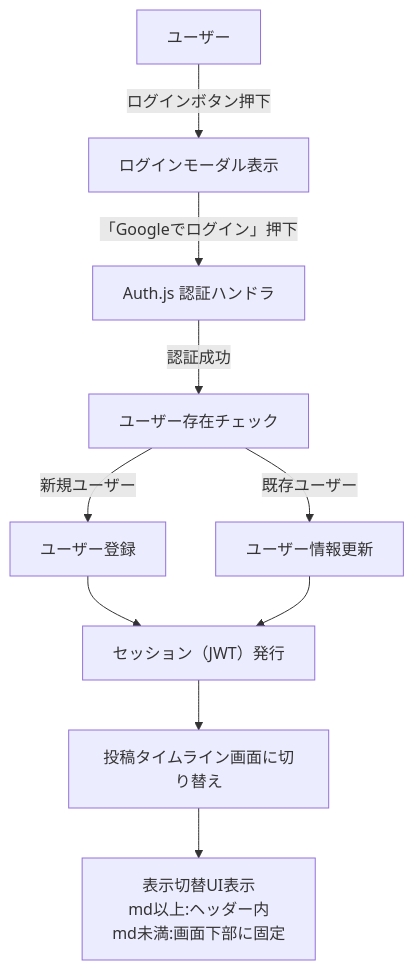
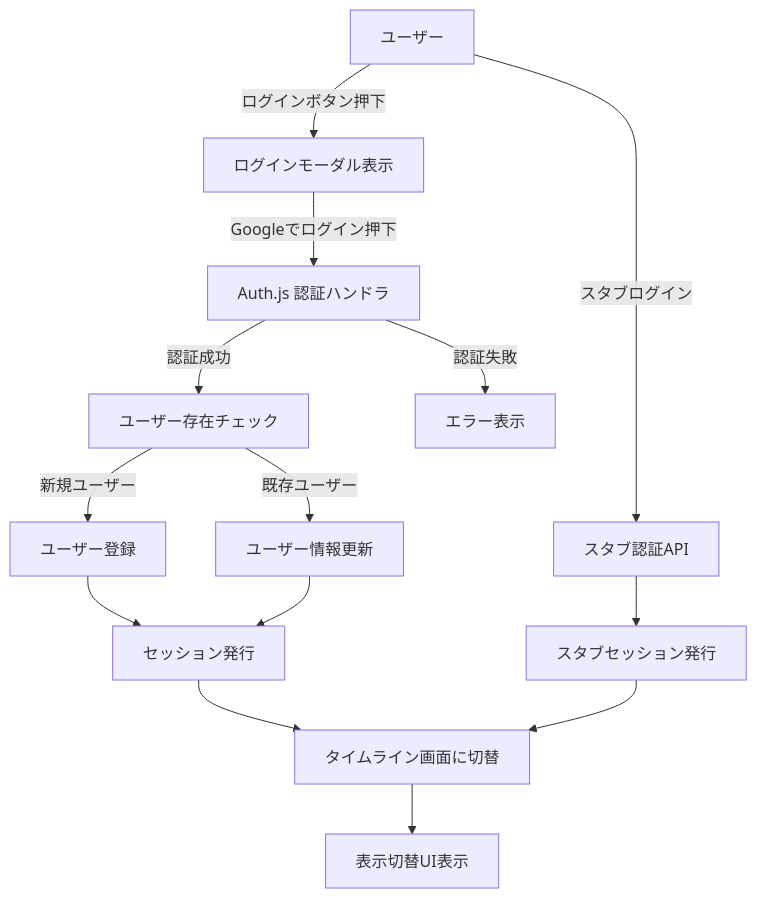
Before and after one commit to kouichi-hoshi/mono-log7: the third of 3 diagrams in docs/03. 設計書.md, drawn with Mermaid. The commit also changed other lines of this file, not shown here.

````diff
--- a/docs/03. 設計書.md
+++ b/docs/03. 設計書.md
@@ -491,12 +593,16 @@
 ```mermaid
 flowchart TD
   U[ユーザー] -->|ログインボタン押下| LoginModal[ログインモーダル表示]
-  LoginModal -->|「Googleでログイン」押下| AuthJS[Auth.js 認証ハンドラ]
+  LoginModal -->|Googleでログイン押下| AuthJS[Auth.js 認証ハンドラ]
   AuthJS -->|認証成功| CheckUser[ユーザー存在チェック]
+  AuthJS -->|認証失敗| AuthFail[エラー表示]
   CheckUser -->|新規ユーザー| CreateUser[ユーザー登録]
   CheckUser -->|既存ユーザー| UpdateUser[ユーザー情報更新]
-  CreateUser --> Session[セッション（JWT）発行]
+  CreateUser --> Session[セッション発行]
   UpdateUser --> Session
-  Session --> UIUpdate[投稿タイムライン画面に切り替え]
-  UIUpdate --> NavShow[表示切替UI表示<br/>md以上:ヘッダー内<br/>md未満:画面下部に固定]
+  U -->|スタブログイン| StubRoute[スタブ認証API]
+  StubRoute --> StubSession[スタブセッション発行]
+  Session --> UIUpdate[タイムライン画面に切替]
+  StubSession --> UIUpdate
+  UIUpdate --> NavShow[表示切替UI表示]
 ```
````
